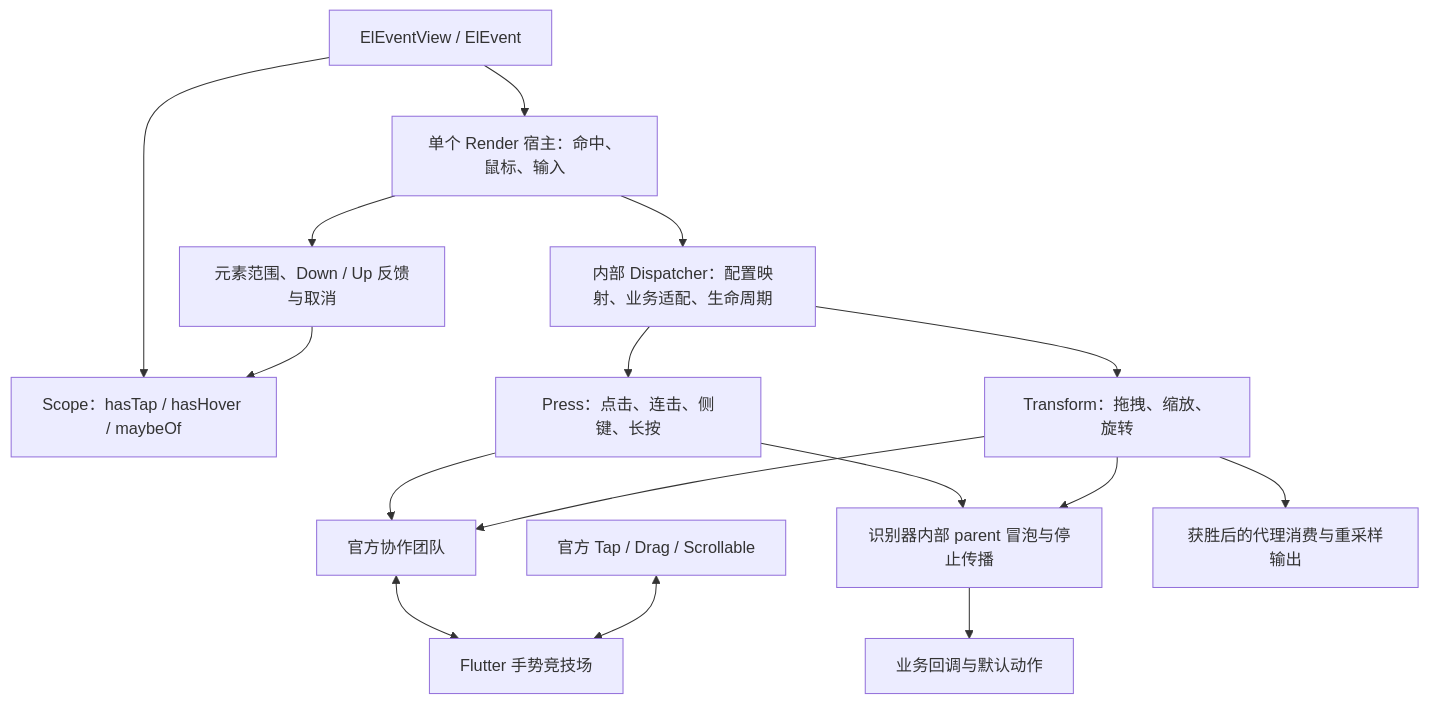
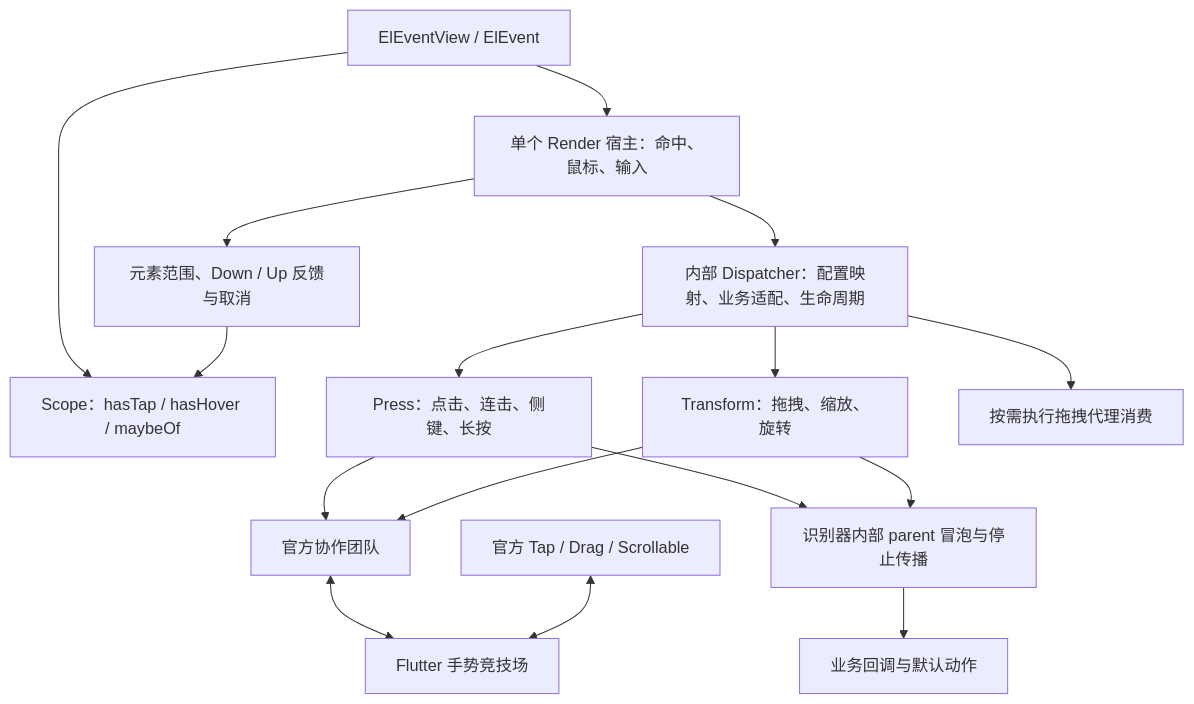
Before and after one commit to luoyi58624/flutter_base: the diagram in .claude/plan/eleventview-recognizer-refactor.md, drawn with Mermaid. The commit also changed other lines of this file and 4 other files, not shown here.

````diff
--- a/.claude/plan/eleventview-recognizer-refactor.md
+++ b/.claude/plan/eleventview-recognizer-refactor.md
@@ -17,18 +28,18 @@
 ```mermaid
 flowchart TB
   API["ElEventView / ElEvent"] --> SCOPE["Scope：hasTap / hasHover / maybeOf"]
   API --> HOST["单个 Render 宿主：命中、鼠标、输入"]
   HOST --> ADAPTER["内部 Dispatcher：配置映射、业务适配、生命周期"]
   ADAPTER --> PRESS["Press：点击、连击、侧键、长按"]
   ADAPTER --> TRANSFORM["Transform：拖拽、缩放、旋转"]
   PRESS --> TEAM["官方协作团队"]
   TRANSFORM --> TEAM
   TEAM <--> ARENA["Flutter 手势竞技场"]
   OFFICIAL["官方 Tap / Drag / Scrollable"] <--> ARENA
   PRESS --> BUBBLE["识别器内部 parent 冒泡与停止传播"]
   TRANSFORM --> BUBBLE
   BUBBLE --> CALLBACK["业务回调与默认动作"]
-  TRANSFORM --> OUTPUT["获胜后的代理消费与重采样输出"]
+  ADAPTER --> PROXY["按需执行拖拽代理消费"]
   HOST --> FEEDBACK["元素范围、Down / Up 反馈与取消"]
   FEEDBACK --> SCOPE
 ```
````
